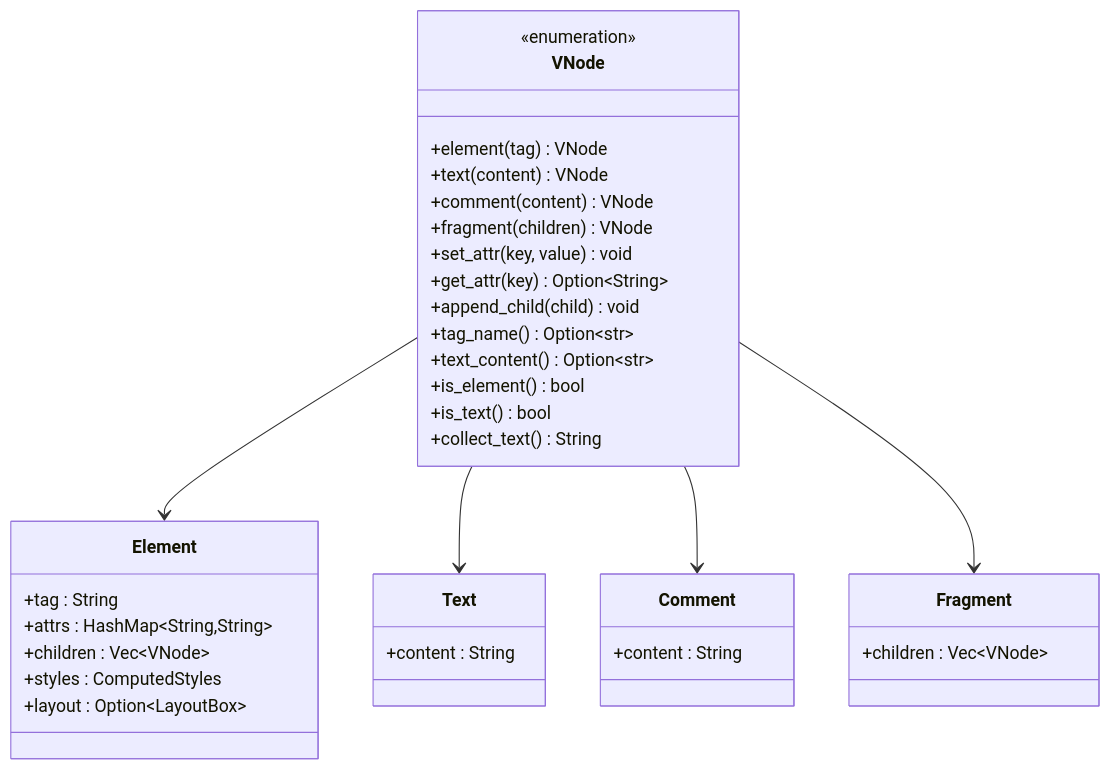
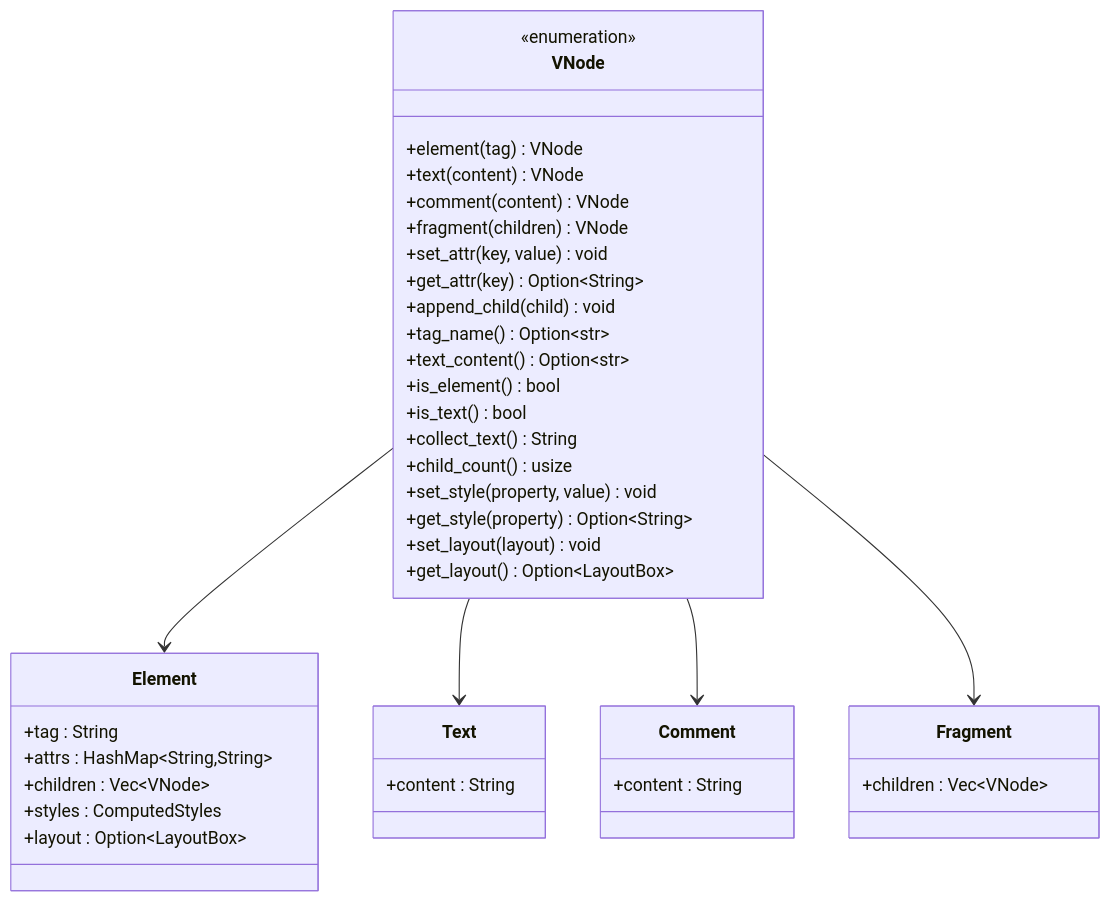
The third of 11 diagrams in .qoder/repowiki/zh/content/技术架构详解/跨端抽象层/iris-dom浏览器对象模型(BOM).md (itszzl-sudo/iris), drawn with Mermaid before and after one commit. The commit also changed other lines of this file and 10 other files, not shown here.

````diff
--- a/.qoder/repowiki/zh/content/技术架构详解/跨端抽象层/iris-dom浏览器对象模型(BOM).md
+++ b/.qoder/repowiki/zh/content/技术架构详解/跨端抽象层/iris-dom浏览器对象模型(BOM).md
@@ -151,38 +175,43 @@
 ```mermaid
 classDiagram
 class VNode {
 <<enumeration>>
 +element(tag) VNode
 +text(content) VNode
 +comment(content) VNode
 +fragment(children) VNode
 +set_attr(key, value) void
 +get_attr(key) Option~String~
 +append_child(child) void
 +tag_name() Option~str~
 +text_content() Option~str~
 +is_element() bool
 +is_text() bool
 +collect_text() String
++child_count() usize
++set_style(property, value) void
++get_style(property) Option~String~
++set_layout(layout) void
++get_layout() Option~LayoutBox~
 }
 class Element {
 +tag : String
 +attrs : HashMap~String,String~
 +children : Vec~VNode~
 +styles : ComputedStyles
 +layout : Option~LayoutBox~
 }
 class Text {
 +content : String
 }
 class Comment {
 +content : String
 }
 class Fragment {
 +children : Vec~VNode~
 }
 VNode --> Element
 VNode --> Text
 VNode --> Comment
 VNode --> Fragment
 ```
````
